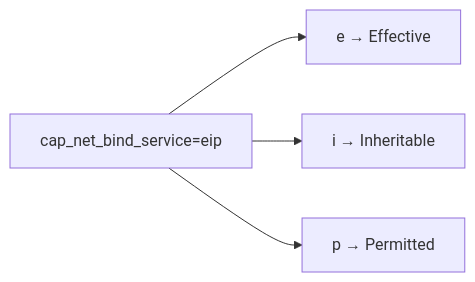
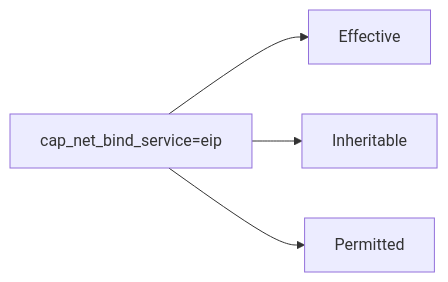
Before and after one commit to moonblueblue/devops-wiki: the second of 2 diagrams in content/linux/linux-security/linux-capabilities.md, drawn with Mermaid. The commit also changed other lines of this file and 37 other files, not shown here.

First line of the commit message:
style: linux 카테고리 ASCII 도표·Mermaid 라벨 형식 교정

````diff
--- a/content/linux/linux-security/linux-capabilities.md
+++ b/content/linux/linux-security/linux-capabilities.md
@@ -132,11 +140,11 @@
 ```mermaid
 graph LR
     CAP["cap_net_bind_service=eip"]
-    E["e → Effective"]
-    I["i → Inheritable"]
-    P["p → Permitted"]
+    E["Effective"]
+    I["Inheritable"]
+    P["Permitted"]
 
     CAP --> E
     CAP --> I
     CAP --> P
 ```
````
